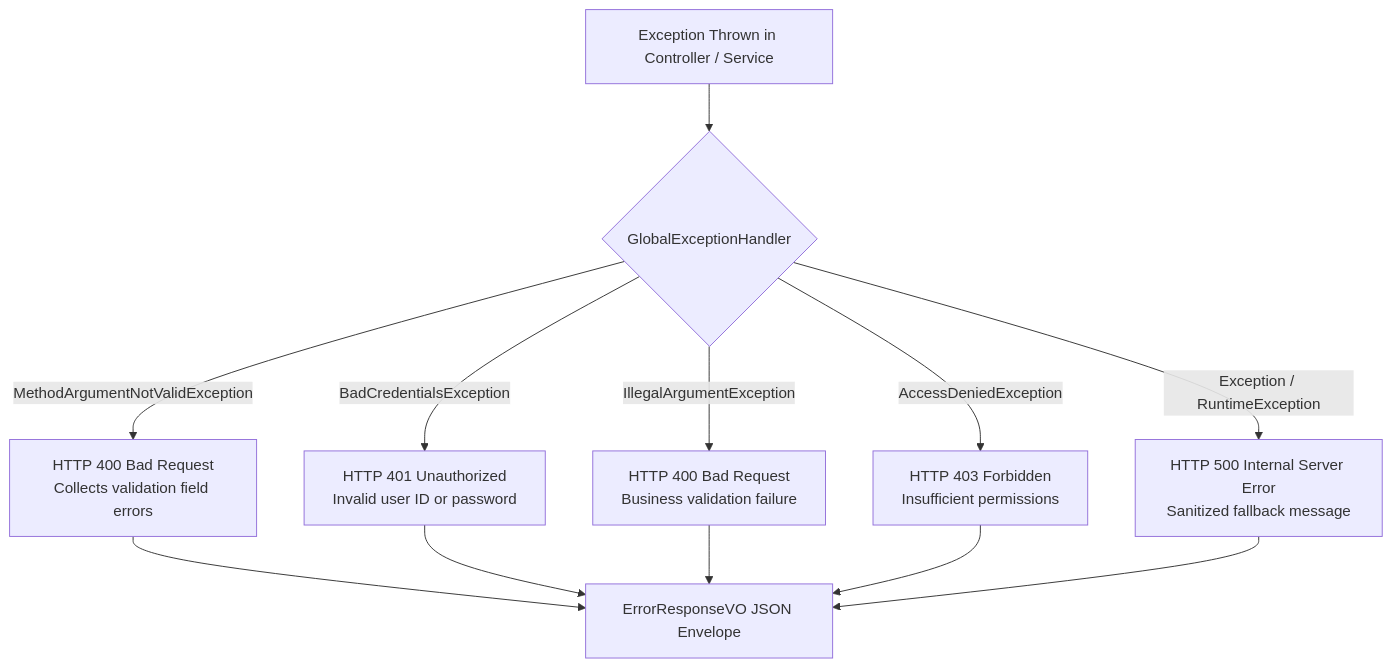
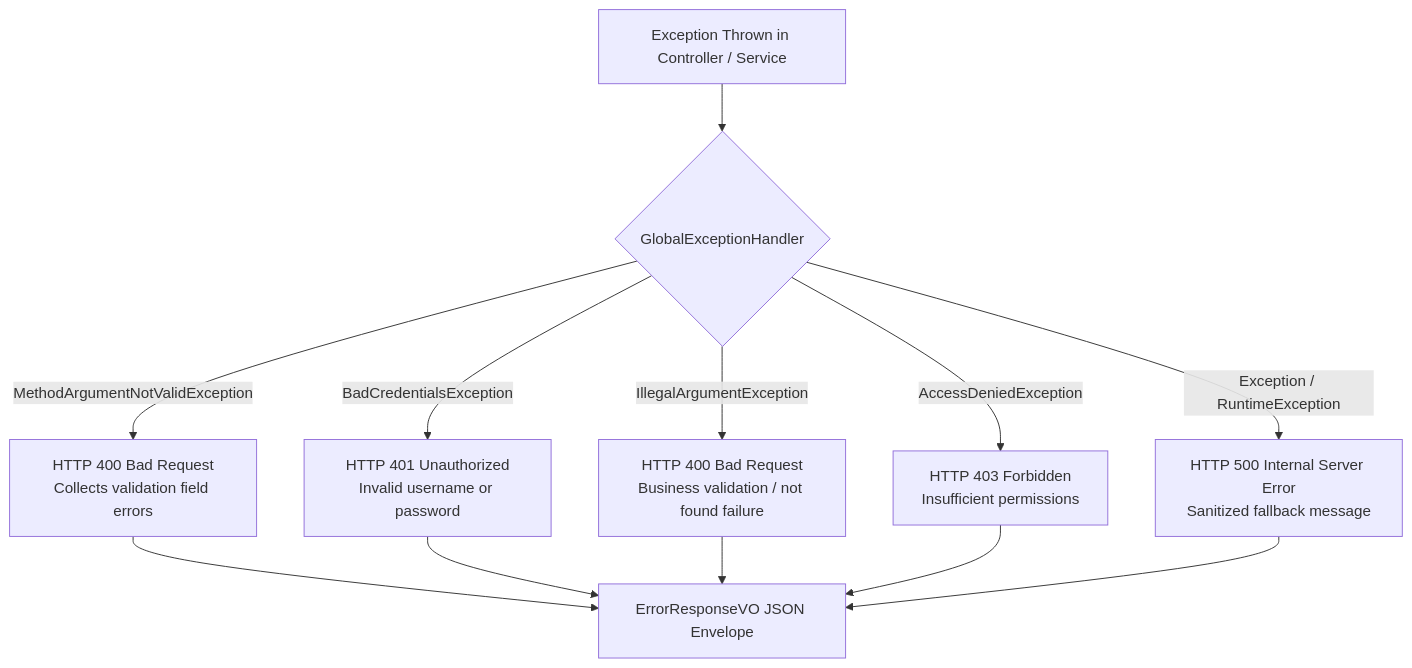
Before and after one commit to firojm57/mio-wealth: the second of 2 diagrams in docs/low-level-design.md, drawn with Mermaid. The commit also changed other lines of this file and 49 other files, not shown here.

````diff
--- a/docs/low-level-design.md
+++ b/docs/low-level-design.md
@@ -245,16 +254,16 @@
 ```mermaid
 graph TD
     Ex[Exception Thrown in Controller / Service] --> Handler{GlobalExceptionHandler}
 
     Handler -->|MethodArgumentNotValidException| E400["HTTP 400 Bad Request<br/>Collects validation field errors"]
-    Handler -->|BadCredentialsException| E401["HTTP 401 Unauthorized<br/>Invalid user ID or password"]
-    Handler -->|IllegalArgumentException| E400B["HTTP 400 Bad Request<br/>Business validation failure"]
+    Handler -->|BadCredentialsException| E401["HTTP 401 Unauthorized<br/>Invalid username or password"]
+    Handler -->|IllegalArgumentException| E400B["HTTP 400 Bad Request<br/>Business validation / not found failure"]
     Handler -->|AccessDeniedException| E403["HTTP 403 Forbidden<br/>Insufficient permissions"]
     Handler -->|Exception / RuntimeException| E500["HTTP 500 Internal Server Error<br/>Sanitized fallback message"]
 
     E400 --> Envelope[ErrorResponseVO JSON Envelope]
     E401 --> Envelope
     E400B --> Envelope
     E403 --> Envelope
     E500 --> Envelope
 ```
````
